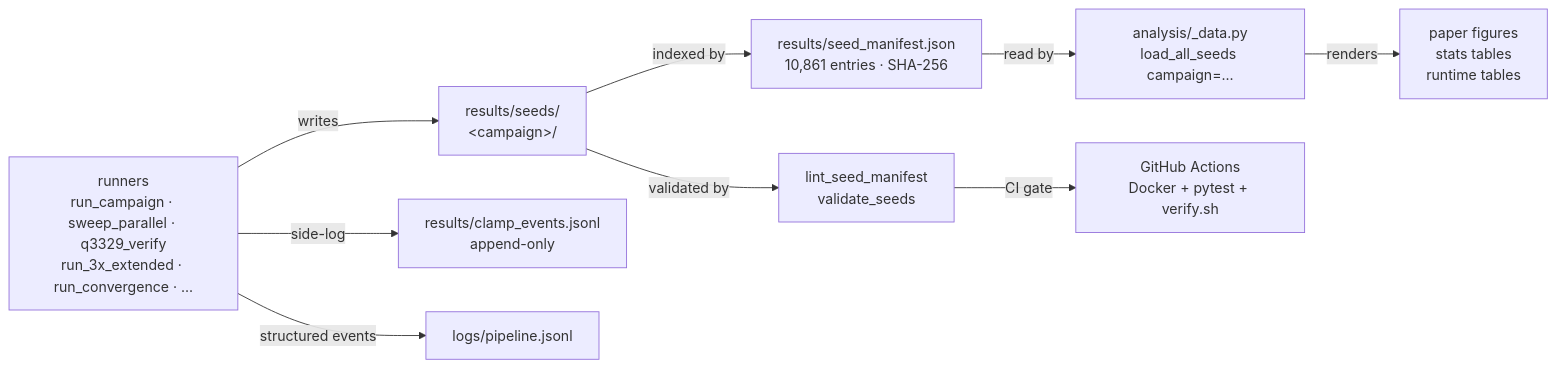
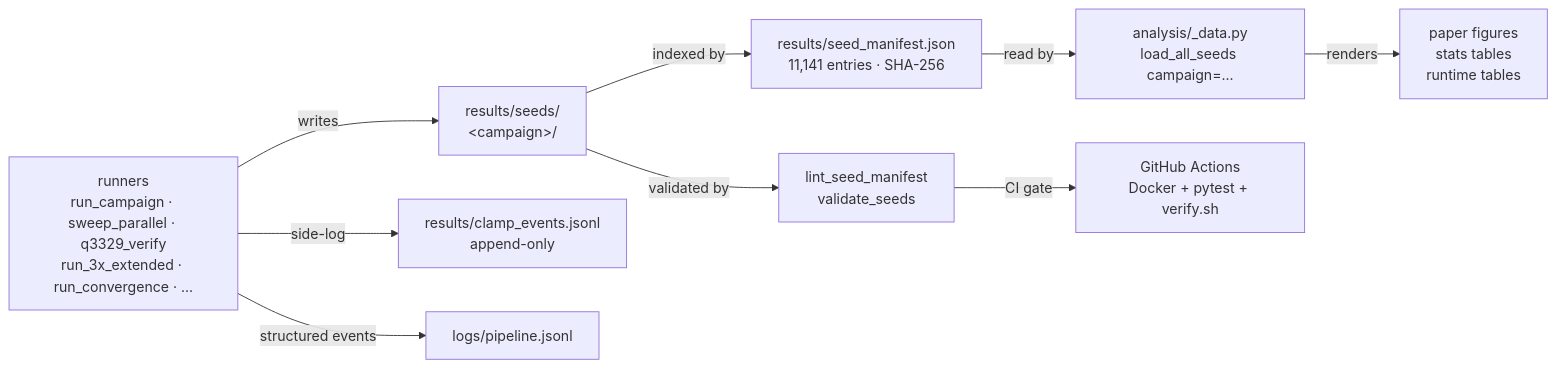
One commit to BrendanChambersBourgeois/sdbkz-benchmark changed the diagram in README.md. Above: the diagram before and after it, drawn with Mermaid. The commit also changed other lines of this file, not shown here.

First line of the commit message:
docs(readme): update seed counts after n=113 q-extension ingest

````diff
--- a/README.md
+++ b/README.md
@@ -68,11 +68,11 @@
 ```mermaid
 flowchart LR
   A[runners<br/>run_campaign · sweep_parallel · q3329_verify<br/>run_3x_extended · run_convergence · ...] -->|writes| B[results/seeds/<br/>&lt;campaign&gt;/]
-  B -->|indexed by| C[results/seed_manifest.json<br/>10,861 entries · SHA-256]
+  B -->|indexed by| C[results/seed_manifest.json<br/>11,141 entries · SHA-256]
   C -->|read by| D[analysis/_data.py<br/>load_all_seeds campaign=...]
   D -->|renders| E[paper figures<br/>stats tables<br/>runtime tables]
   B -->|validated by| F[lint_seed_manifest<br/>validate_seeds]
   F -->|CI gate| G[GitHub Actions<br/>Docker + pytest + verify.sh]
   A -->|side-log| H[results/clamp_events.jsonl<br/>append-only]
   A -->|structured events| I[logs/pipeline.jsonl]
 ```
````
